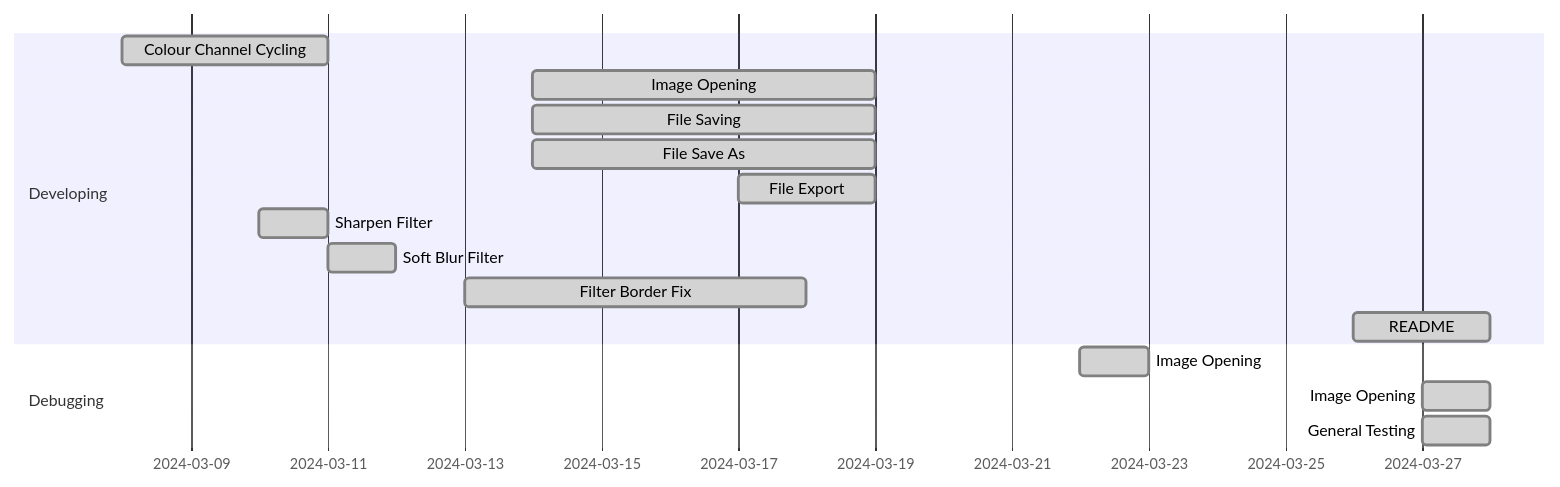
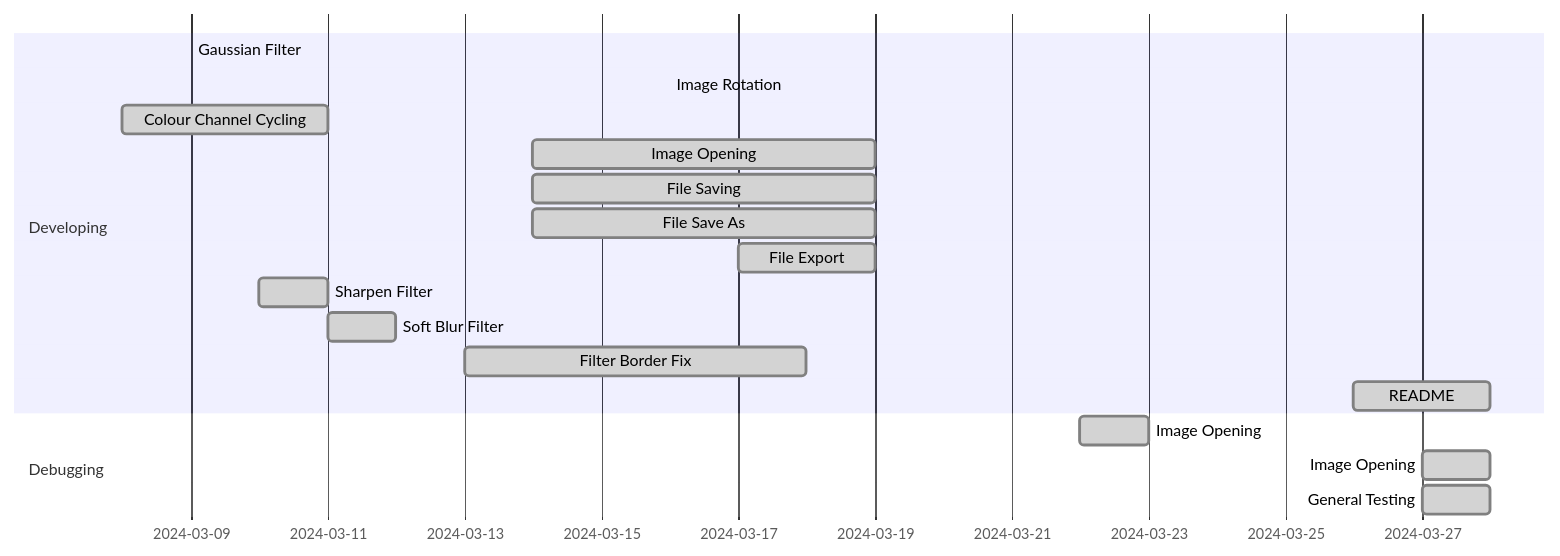
The diagram in README.md (greateden/ANDIE-CodeCrafters), drawn with Mermaid before and after one commit.

Commit message:
adding to dev image

````diff
--- a/README.md
+++ b/README.md
@@ -75,24 +75,26 @@
 ```mermaid
 %% Gantt Diagram for our project
         gantt
         dateFormat  DD-MM-YYYY
 
         section Developing
+            Gaussian Filter               :done, 09-03-2024, 
+            Image Rotation                :done, 16-03-2024, 
             Colour Channel Cycling             :done, des1, 08-03-2024, 3d
             Image Opening                      :done,  des2, 14-03-2024, 19-03-2024
             File Saving                     :done,  des2, 14-03-2024, 19-03-2024
             File Save As                      :done,  des2, 14-03-2024, 19-03-2024
             File Export                    :done,  des2, 17-03-2024, 19-03-2024
             Sharpen Filter                 :done, des2, 10-03-2024, 11-03-2024
             Soft Blur Filter               :done, des2, 11-03-2024, 12-03-2024
             Filter Border Fix              :done, des2, 13-03-2024, 18-03-2024
             README                         :done, des2, 26-03-2024, 28-03-2024
 
 
 
         section Debugging
             Image Opening                      :done , 22-03-2024, 23-03-2024
             Image Opening                      :done , 27-03-2024, 28-03-2024
             General Testing                    :done, 27-03-2024, 28-03-2024
 
 ```
````
